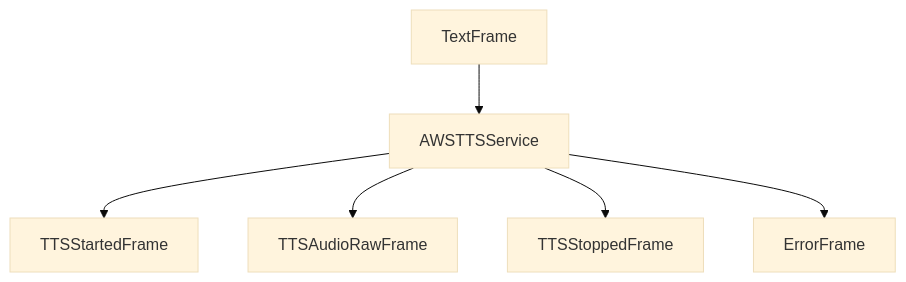
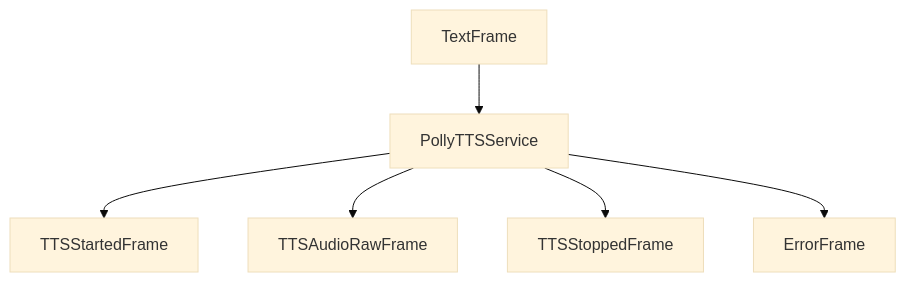
One commit to pipecat-ai/docs changed the diagram in server/services/tts/aws.mdx. Above: the diagram before and after it, drawn with Mermaid (base theme). The commit also changed other lines of this file, not shown here.

Commit message:
aws: renamed AWSTTSService to PollyTTSService

````diff
--- a/server/services/tts/aws.mdx
+++ b/server/services/tts/aws.mdx
@@ -174,8 +174,8 @@
 ```mermaid
 graph TD
-    A[TextFrame] --> B[AWSTTSService]
+    A[TextFrame] --> B[PollyTTSService]
     B --> C[TTSStartedFrame]
     B --> D[TTSAudioRawFrame]
     B --> E[TTSStoppedFrame]
     B --> F[ErrorFrame]
 ```
````
